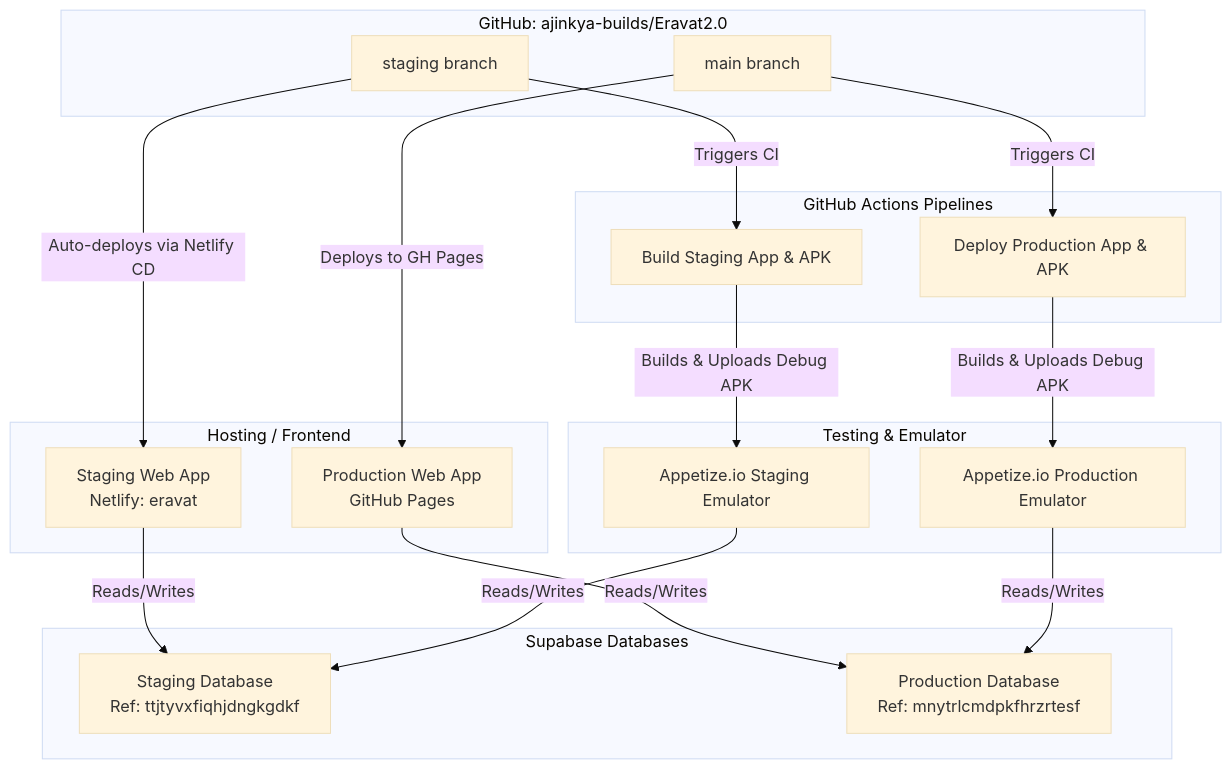
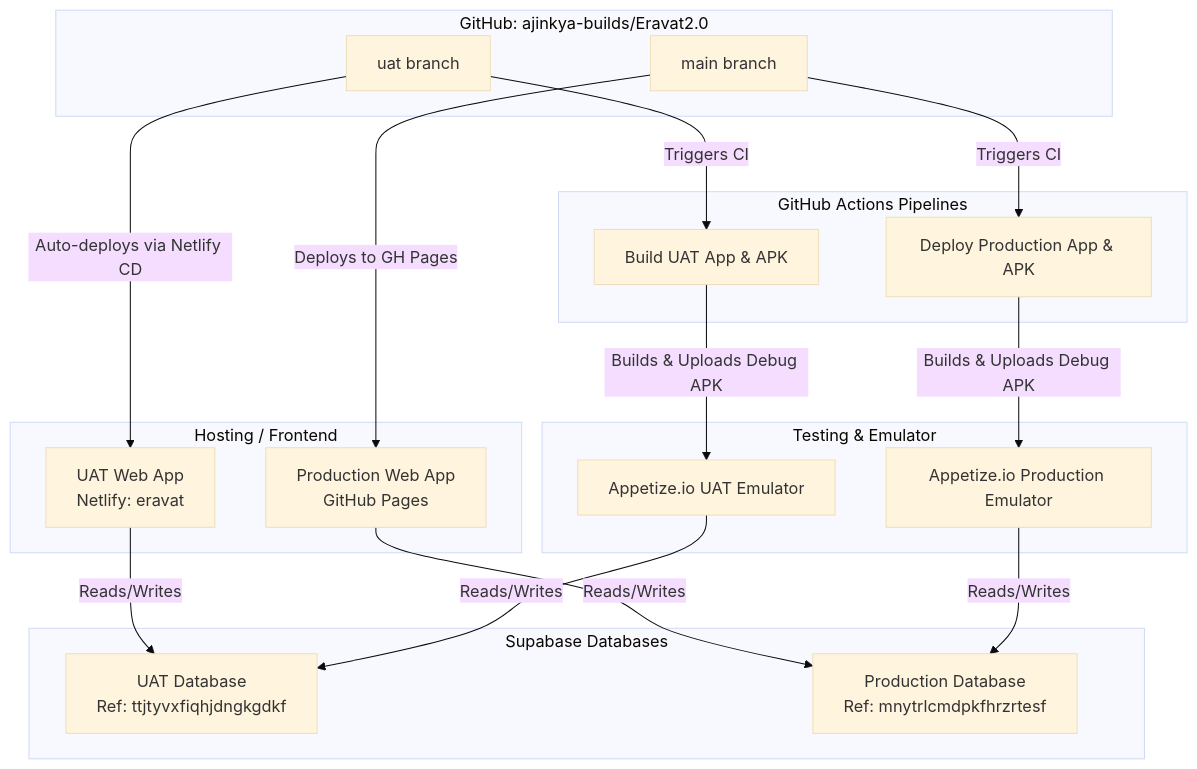
The diagram in DEVOPS_SUMMARY.md (ajinkya-builds/Eravat2.0), drawn with Mermaid (base theme) before and after one commit. The commit also changed other lines of this file and 99 other files, not shown here.

First line of the commit message:
Rename the staging environment to UAT.

````diff
--- a/DEVOPS_SUMMARY.md
+++ b/DEVOPS_SUMMARY.md
@@ -7,41 +7,41 @@
 ```mermaid
 graph TD
     subgraph GitHub Repository [GitHub: ajinkya-builds/Eravat2.0]
         main[main branch]
-        staging[staging branch]
+        uat[uat branch]
     end
 
     subgraph GitHub Actions Pipelines
         action_prod[Deploy Production App & APK]
-        action_stage[Build Staging App & APK]
+        action_stage[Build UAT App & APK]
     end
 
     subgraph Hosting / Frontend
-        stage_web[Staging Web App<br>Netlify: eravat]
+        stage_web[UAT Web App<br>Netlify: eravat]
         prod_web[Production Web App<br>GitHub Pages]
     end
 
     subgraph Testing & Emulator
-        stage_emulator[Appetize.io Staging Emulator]
+        stage_emulator[Appetize.io UAT Emulator]
         prod_emulator[Appetize.io Production Emulator]
     end
 
     subgraph Databases [Supabase Databases]
-        stage_db[Staging Database<br>Ref: ttjtyvxfiqhjdngkgdkf]
+        stage_db[UAT Database<br>Ref: ttjtyvxfiqhjdngkgdkf]
         prod_db[Production Database<br>Ref: mnytrlcmdpkfhrzrtesf]
     end
 
-    staging -->|Auto-deploys via Netlify CD| stage_web
-    staging -->|Triggers CI| action_stage
+    uat -->|Auto-deploys via Netlify CD| stage_web
+    uat -->|Triggers CI| action_stage
     action_stage -->|Builds & Uploads Debug APK| stage_emulator
     
     main -->|Deploys to GH Pages| prod_web
     main -->|Triggers CI| action_prod
     action_prod -->|Builds & Uploads Debug APK| prod_emulator
 
     stage_web -->|Reads/Writes| stage_db
     stage_emulator -->|Reads/Writes| stage_db
 
     prod_web -->|Reads/Writes| prod_db
     prod_emulator -->|Reads/Writes| prod_db
 ```
````
